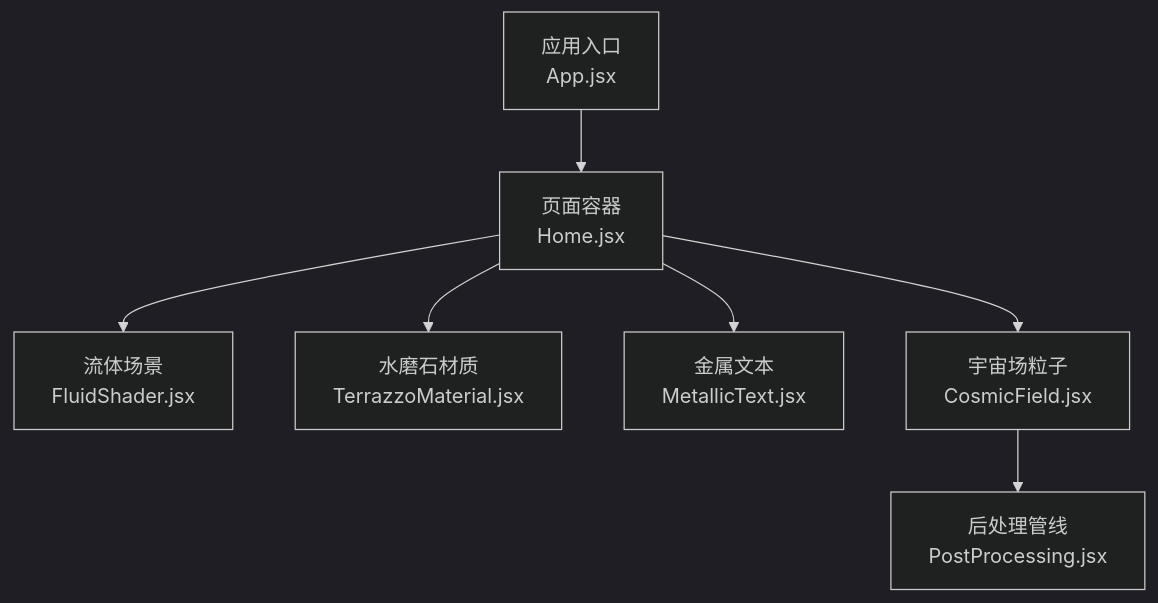
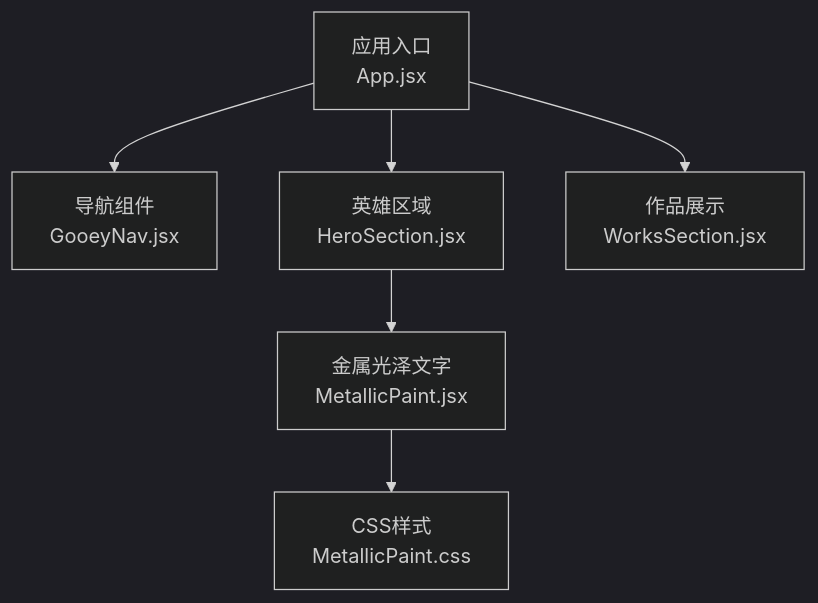
The first of 4 diagrams in .qoder/repowiki/zh/content/3D渲染系统/着色器与材质/着色器与材质.md (lithos666/lithos666.github.io), drawn with Mermaid (dark theme) before and after one commit. The commit also changed other lines of this file and 51 other files, not shown here.

````diff
--- a/.qoder/repowiki/zh/content/3D渲染系统/着色器与材质/着色器与材质.md
+++ b/.qoder/repowiki/zh/content/3D渲染系统/着色器与材质/着色器与材质.md
@@ -36,9 +40,8 @@
 ```mermaid
 graph TB
-A["应用入口<br/>App.jsx"] --> B["页面容器<br/>Home.jsx"]
-B --> C["流体场景<br/>FluidShader.jsx"]
-B --> D["水磨石材质<br/>TerrazzoMaterial.jsx"]
-B --> E["金属文本<br/>MetallicText.jsx"]
-B --> F["宇宙场粒子<br/>CosmicField.jsx"]
-F --> G["后处理管线<br/>PostProcessing.jsx"]
+A["应用入口<br/>App.jsx"] --> B["导航组件<br/>GooeyNav.jsx"]
+A --> C["英雄区域<br/>HeroSection.jsx"]
+A --> D["作品展示<br/>WorksSection.jsx"]
+C --> E["金属光泽文字<br/>MetallicPaint.jsx"]
+E --> F["CSS样式<br/>MetallicPaint.css"]
 ```
````
